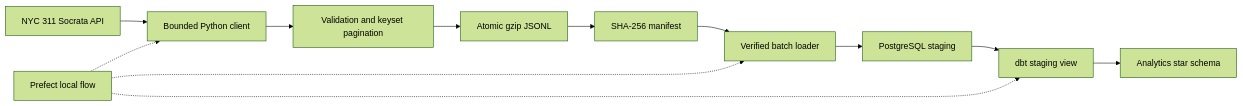
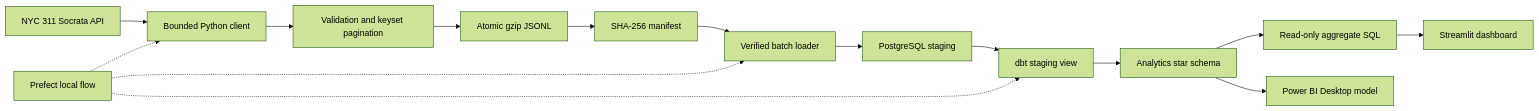
The first of 2 diagrams in docs/ARCHITECTURE.md (Neloy4321/DataForge-360), drawn with Mermaid (forest theme) before and after one commit. The commit also changed other lines of this file and 11 other files, not shown here.

First line of the commit message:
Phase 5: Streamlit analytics dashboard and Power BI-ready model

````diff
--- a/docs/ARCHITECTURE.md
+++ b/docs/ARCHITECTURE.md
@@ -5,14 +5,17 @@
 ```mermaid
 flowchart LR
     A[NYC 311 Socrata API] --> B[Bounded Python client]
     B --> C[Validation and keyset pagination]
     C --> D[Atomic gzip JSONL]
     D --> E[SHA-256 manifest]
     E --> F[Verified batch loader]
     F --> G[PostgreSQL staging]
     G --> H[dbt staging view]
     H --> I[Analytics star schema]
     J[Prefect local flow] -.-> B
     J -.-> F
     J -.-> H
+    I --> K[Read-only aggregate SQL]
+    K --> L[Streamlit dashboard]
+    I --> M[Power BI Desktop model]
 ```
````
